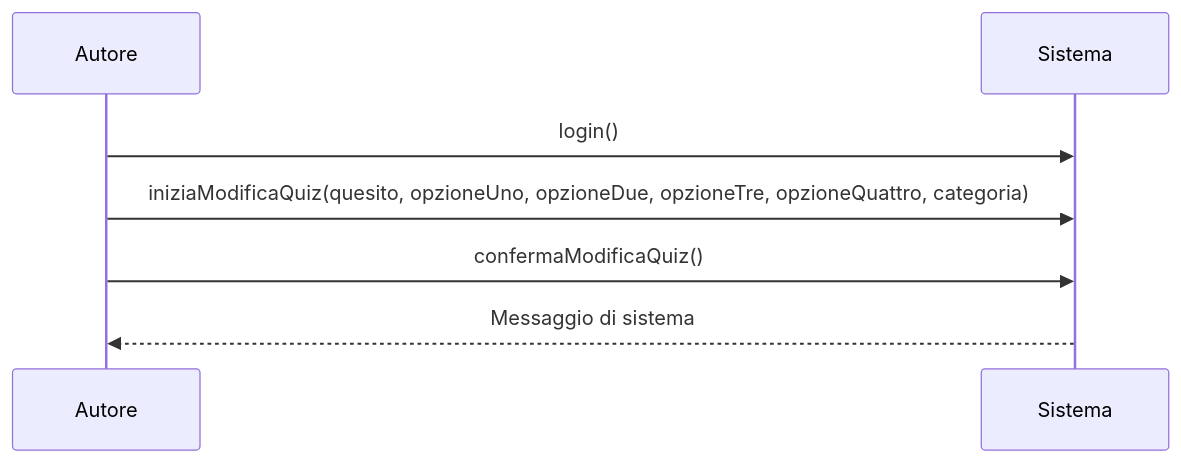
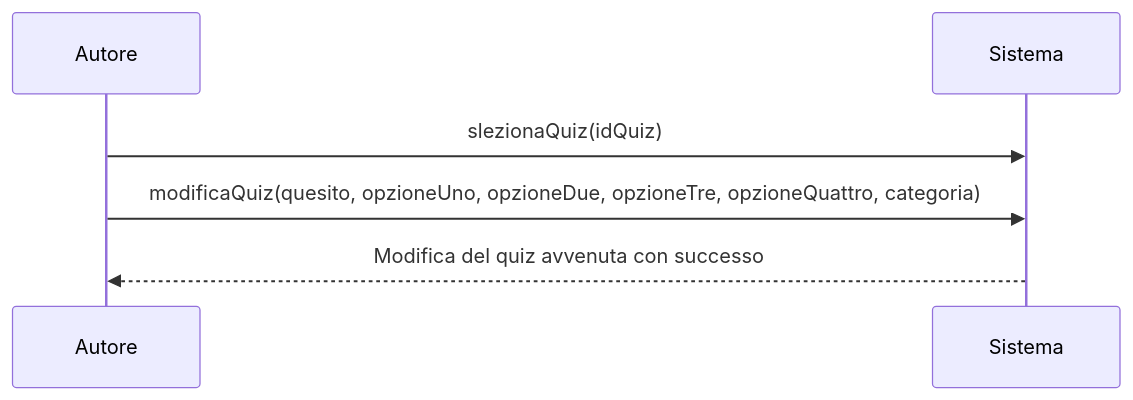
The seventh of 10 diagrams in README.md (SicMic/Quix), drawn with Mermaid before and after one commit. The commit also changed other lines of this file and 3 other files, not shown here.

````diff
--- a/README.md
+++ b/README.md
@@ -177,10 +177,9 @@
 ```mermaid
 sequenceDiagram
     participant A as Autore
     participant S as Sistema
 
-    A->>S: login()
-    A->>S: iniziaModificaQuiz(quesito, opzioneUno, opzioneDue, opzioneTre, opzioneQuattro, categoria)
-    A->>S: confermaModificaQuiz()
-    S-->>A: Messaggio di sistema
+    A->>S: slezionaQuiz(idQuiz)
+    A->>S: modificaQuiz(quesito, opzioneUno, opzioneDue, opzioneTre, opzioneQuattro, categoria)
+    S-->>A: Modifica del quiz avvenuta con successo
 ```
````
